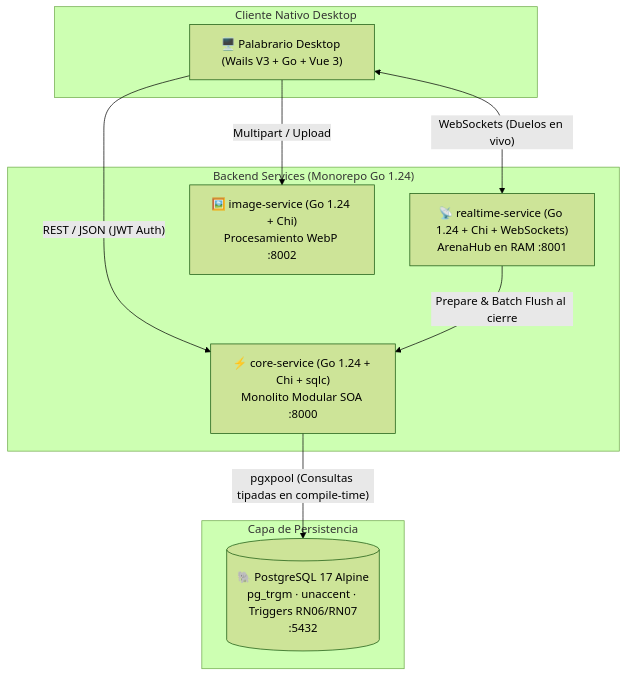
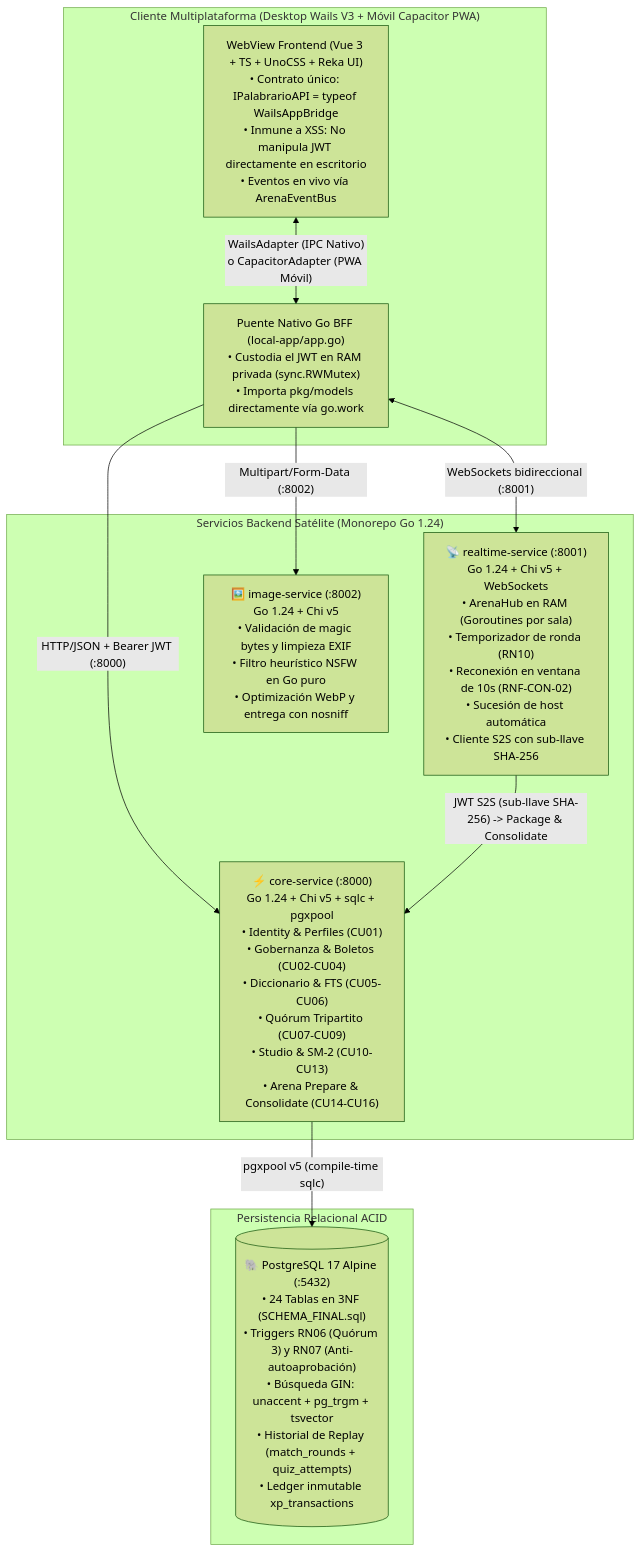
The diagram in README.md (OGShawnLee/palabrario), drawn with Mermaid (forest theme) before and after one commit. The commit also changed other lines of this file, not shown here.

Commit message:
docs: modernize README with tech badges, task automation, and architecture map

````diff
--- a/README.md
+++ b/README.md
@@ -43,22 +66,25 @@
 ```mermaid
 flowchart TD
-    subgraph Client["Cliente Nativo Desktop"]
-        Desktop["🖥️ Palabrario Desktop (Wails V3 + Go + Vue 3)"]
+    subgraph Client["Cliente Multiplataforma (Desktop Wails V3 + Móvil Capacitor PWA)"]
+        UI["WebView Frontend (Vue 3 + TS + UnoCSS + Reka UI)\n• Contrato único: IPalabrarioAPI = typeof WailsAppBridge\n• Inmune a XSS: No manipula JWT directamente en escritorio\n• Eventos en vivo vía ArenaEventBus"]
+        BFF["Puente Nativo Go BFF (local-app/app.go)\n• Custodia el JWT en RAM privada (sync.RWMutex)\n• Importa pkg/models directamente vía go.work"]
+        UI <-->|"WailsAdapter (IPC Nativo)\no CapacitorAdapter (PWA Móvil)"| BFF
     end
 
-    subgraph Backend["Backend Services (Monorepo Go 1.24)"]
-        Core["⚡ core-service (Go 1.24 + Chi + sqlc)<br/>Monolito Modular SOA :8000"]
-        RT["📡 realtime-service (Go 1.24 + Chi + WebSockets)<br/>ArenaHub en RAM :8001"]
-        Img["🖼️ image-service (Go 1.24 + Chi)<br/>Procesamiento WebP :8002"]
+    subgraph Backend["Servicios Backend Satélite (Monorepo Go 1.24)"]
+        Core["⚡ core-service (:8000)\nGo 1.24 + Chi v5 + sqlc + pgxpool\n• Identity & Perfiles (CU01)\n• Gobernanza & Boletos (CU02-CU04)\n• Diccionario & FTS (CU05-CU06)\n• Quórum Tripartito (CU07-CU09)\n• Studio & SM-2 (CU10-CU13)\n• Arena Prepare & Consolidate (CU14-CU16)"]
+        Realtime["📡 realtime-service (:8001)\nGo 1.24 + Chi v5 + WebSockets\n• ArenaHub en RAM (Goroutines por sala)\n• Temporizador de ronda (RN10)\n• Reconexión en ventana de 10s (RNF-CON-02)\n• Sucesión de host automática\n• Cliente S2S con sub-llave SHA-256"]
+        ImageSvc["🖼️ image-service (:8002)\nGo 1.24 + Chi v5\n• Validación de magic bytes y limpieza EXIF\n• Filtro heurístico NSFW en Go puro\n• Optimización WebP y entrega con nosniff"]
     end
 
-    subgraph Persistence["Capa de Persistencia"]
-        PG[("🐘 PostgreSQL 17 Alpine<br/>pg_trgm · unaccent · Triggers RN06/RN07<br/>:5432")]
+    subgraph Persistence["Persistencia Relacional ACID"]
+        PG[("🐘 PostgreSQL 17 Alpine (:5432)\n• 24 Tablas en 3NF (SCHEMA_FINAL.sql)\n• Triggers RN06 (Quórum 3) y RN07 (Anti-autoaprobación)\n• Búsqueda GIN: unaccent + pg_trgm + tsvector\n• Historial de Replay (match_rounds + quiz_attempts)\n• Ledger inmutable xp_transactions")]
     end
 
-    Desktop -->|"REST / JSON (JWT Auth)"| Core
-    Desktop <-->|"WebSockets (Duelos en vivo)"| RT
-    Desktop -->|"Multipart / Upload"| Img
-    Core -->|"pgxpool (Consultas tipadas en compile-time)"| PG
-    RT -->|"Prepare & Batch Flush al cierre"| Core
+    BFF -->|"HTTP/JSON + Bearer JWT (:8000)"| Core
+    BFF <-->|"WebSockets bidireccional (:8001)"| Realtime
+    BFF -->|"Multipart/Form-Data (:8002)"| ImageSvc
+
+    Core -->|"pgxpool v5 (compile-time sqlc)"| PG
+    Realtime -->|"JWT S2S (sub-llave SHA-256) -> Package & Consolidate"| Core
 ```
````
